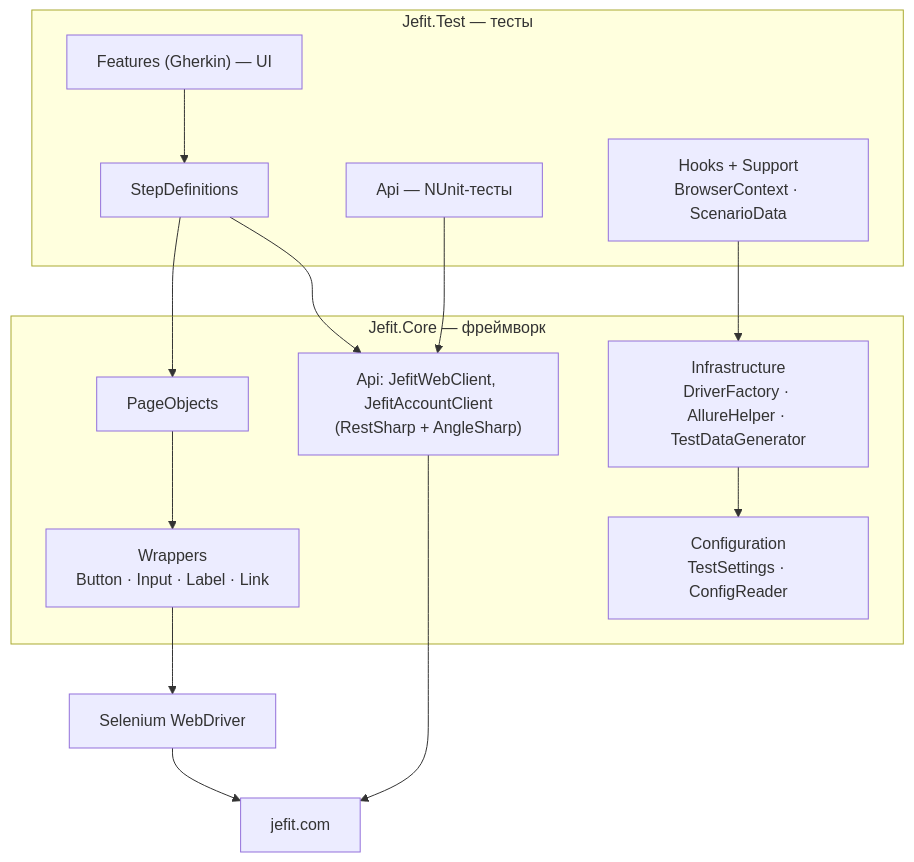
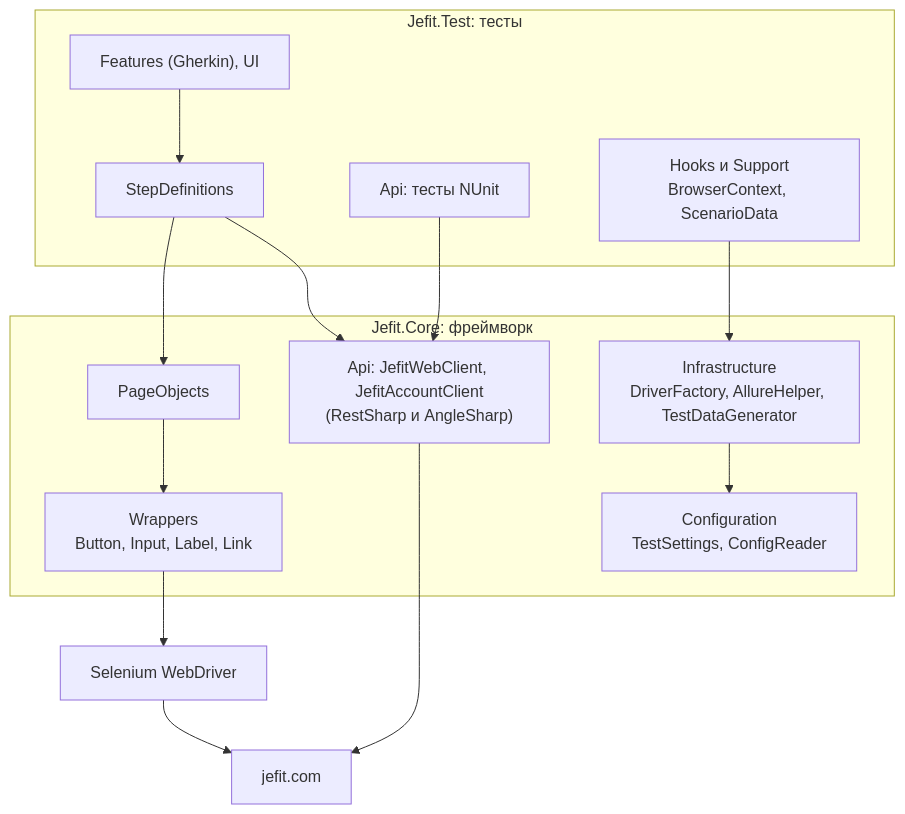
One commit to KiryaBolt/jefit-test-automation changed the first of 2 diagrams in docs/ARCHITECTURE.md. Above: the diagram before and after it, drawn with Mermaid. The commit also changed other lines of this file and 6 other files, not shown here.

````diff
--- a/docs/ARCHITECTURE.md
+++ b/docs/ARCHITECTURE.md
@@ -5,21 +5,21 @@
 ```mermaid
 flowchart TB
-    subgraph T["Jefit.Test — тесты"]
-        F["Features (Gherkin) — UI"] --> S["StepDefinitions"]
-        A["Api — NUnit-тесты"]
-        H["Hooks + Support<br/>BrowserContext · ScenarioData"]
+    subgraph T["Jefit.Test: тесты"]
+        F["Features (Gherkin), UI"] --> S["StepDefinitions"]
+        A["Api: тесты NUnit"]
+        H["Hooks и Support<br/>BrowserContext, ScenarioData"]
     end
-    subgraph C["Jefit.Core — фреймворк"]
-        P["PageObjects"] --> W["Wrappers<br/>Button · Input · Label · Link"]
-        CL["Api: JefitWebClient, JefitAccountClient<br/>(RestSharp + AngleSharp)"]
-        I["Infrastructure<br/>DriverFactory · AllureHelper · TestDataGenerator"]
-        CFG["Configuration<br/>TestSettings · ConfigReader"]
+    subgraph C["Jefit.Core: фреймворк"]
+        P["PageObjects"] --> W["Wrappers<br/>Button, Input, Label, Link"]
+        CL["Api: JefitWebClient, JefitAccountClient<br/>(RestSharp и AngleSharp)"]
+        I["Infrastructure<br/>DriverFactory, AllureHelper, TestDataGenerator"]
+        CFG["Configuration<br/>TestSettings, ConfigReader"]
     end
     S --> P
     S --> CL
     A --> CL
     H --> I
     I --> CFG
     W --> SEL["Selenium WebDriver"] --> SITE["jefit.com"]
     CL --> SITE
 ```
````
